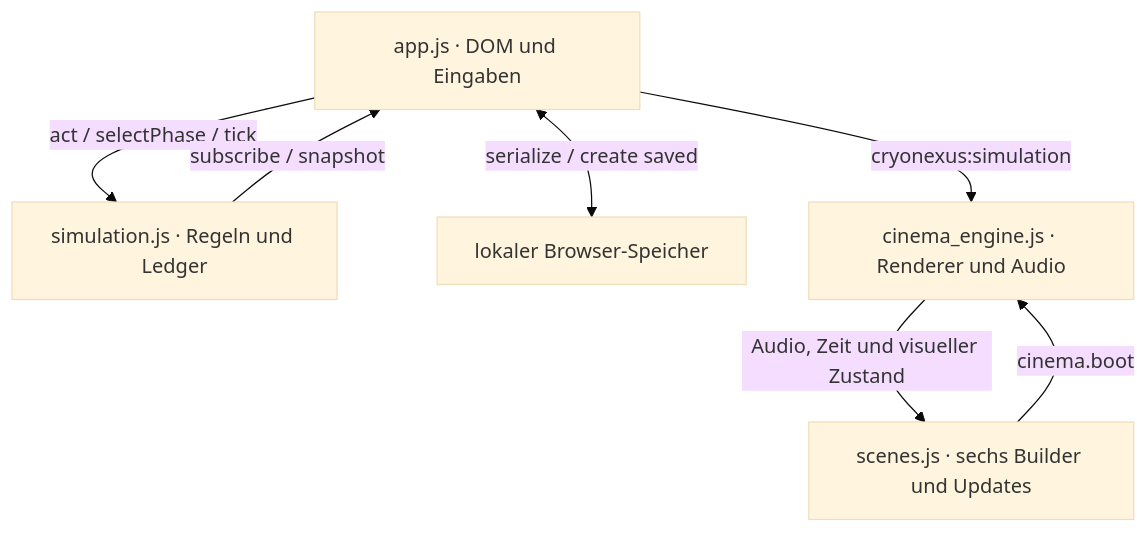
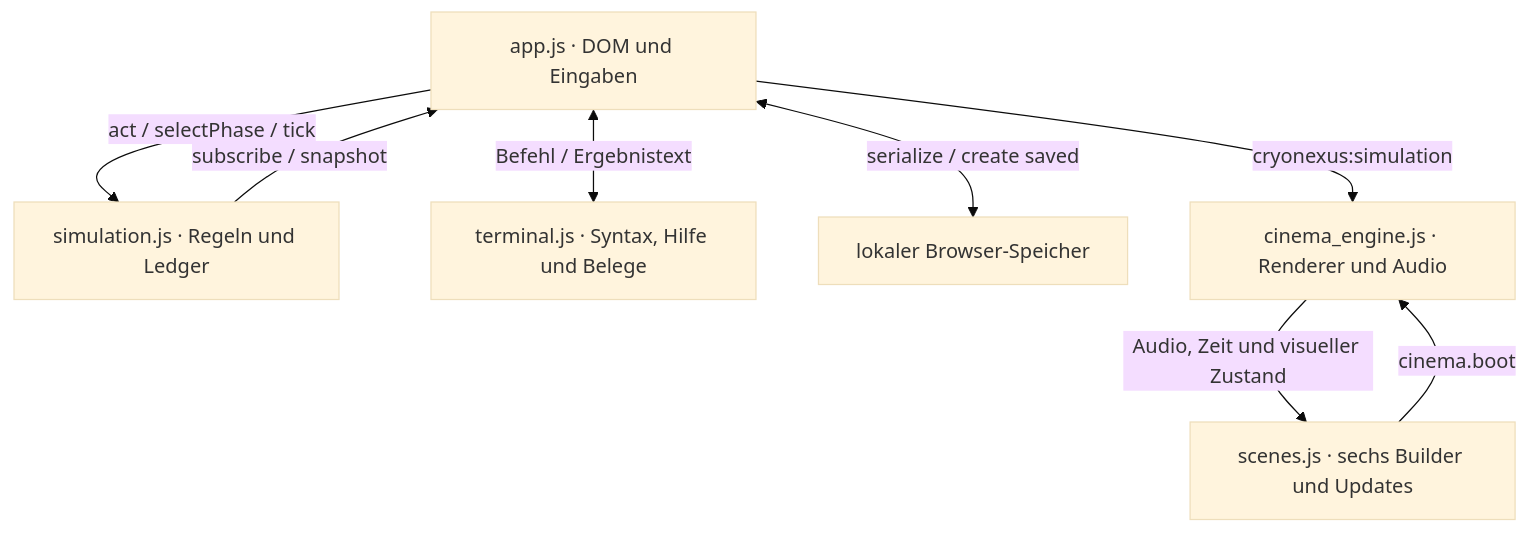
Before and after one commit to Pierreg99/CryoNexis-Lunar-Eclispe: the diagram in docs/wiki/Architektur.md, drawn with Mermaid (base theme). The commit also changed other lines of this file and 8 other files, not shown here.

````diff
--- a/docs/wiki/Architektur.md
+++ b/docs/wiki/Architektur.md
@@ -7,9 +7,10 @@
 ```mermaid
 flowchart TD
     UI["app.js · DOM und Eingaben"] -->|act / selectPhase / tick| MODEL["simulation.js · Regeln und Ledger"]
     MODEL -->|subscribe / snapshot| UI
+    UI <-->|Befehl / Ergebnistext| TERM["terminal.js · Syntax, Hilfe und Belege"]
     UI <-->|serialize / create saved| STORE["lokaler Browser-Speicher"]
     UI -->|cryonexus:simulation| ENGINE["cinema_engine.js · Renderer und Audio"]
     SCENES["scenes.js · sechs Builder und Updates"] -->|cinema.boot| ENGINE
     ENGINE -->|Audio, Zeit und visueller Zustand| SCENES
 ```
````
